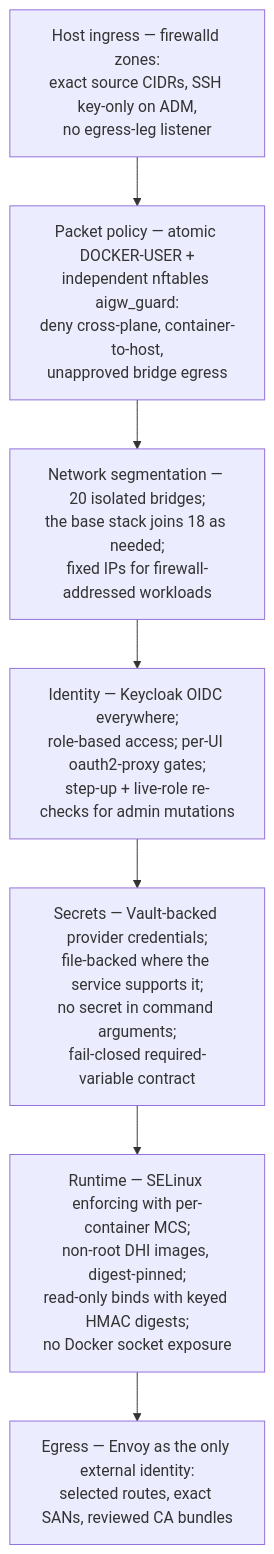
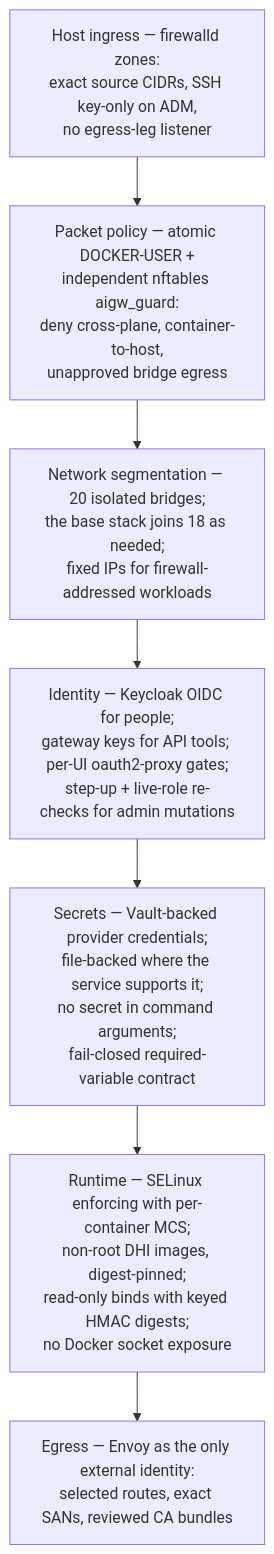
The eighth of 14 diagrams in docs/architecture-diagrams.md (derhornspieler/ai-gateway), drawn with Mermaid before and after one commit. The commit also changed other lines of this file, not shown here.

Commit message:
docs(diagrams): align all architecture flows

````diff
--- a/docs/architecture-diagrams.md
+++ b/docs/architecture-diagrams.md
@@ -266,11 +271,11 @@
 ```mermaid
 flowchart TB
   L1[Host ingress — firewalld zones:<br/>exact source CIDRs, SSH key-only on ADM,<br/>no egress-leg listener]
   L2[Packet policy — atomic DOCKER-USER +<br/>independent nftables aigw_guard:<br/>deny cross-plane, container-to-host,<br/>unapproved bridge egress]
   L3[Network segmentation — 20 isolated bridges;<br/>the base stack joins 18 as needed;<br/>fixed IPs for firewall-addressed workloads]
-  L4[Identity — Keycloak OIDC everywhere;<br/>role-based access; per-UI oauth2-proxy gates;<br/>step-up + live-role re-checks for admin mutations]
+  L4[Identity — Keycloak OIDC for people;<br/>gateway keys for API tools; per-UI oauth2-proxy gates;<br/>step-up + live-role re-checks for admin mutations]
   L5["Secrets — Vault-backed provider credentials;<br/>file-backed where the service supports it;<br/>no secret in command arguments;<br/>fail-closed required-variable contract"]
   L6[Runtime — SELinux enforcing with per-container MCS;<br/>non-root DHI images, digest-pinned;<br/>read-only binds with keyed HMAC digests;<br/>no Docker socket exposure]
   L7[Egress — Envoy as the only external identity:<br/>selected routes, exact SANs, reviewed CA bundles]
   L1 --> L2 --> L3 --> L4 --> L5 --> L6 --> L7
 ```
````
